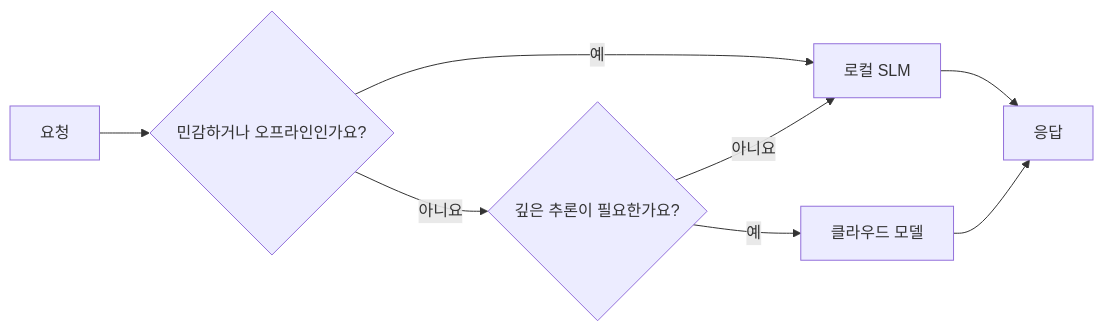
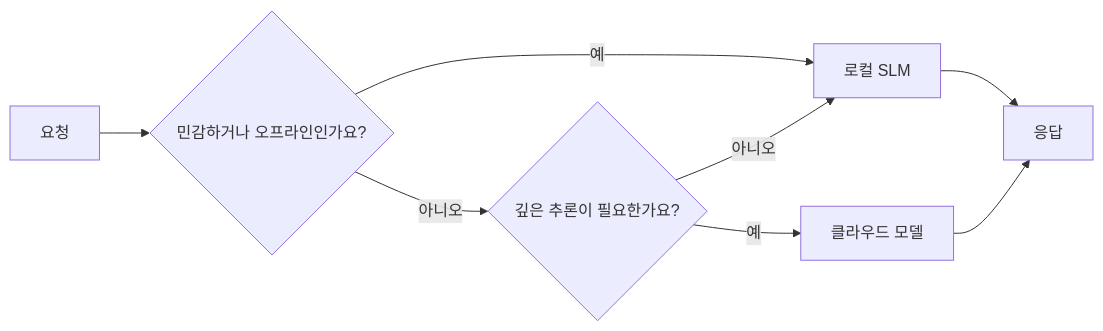
The fourth of 4 diagrams in translations/ko/17-creating-local-ai-agents/README.md (microsoft/ai-agents-for-beginners), drawn with Mermaid before and after one commit. The commit also changed other lines of this file and 46 other files, not shown here.

````diff
--- a/translations/ko/17-creating-local-ai-agents/README.md
+++ b/translations/ko/17-creating-local-ai-agents/README.md
@@ -156,10 +156,10 @@
 ```mermaid
 flowchart LR
     Q[요청] --> S{민감하거나 오프라인인가요?}
     S -->|예| L[로컬 SLM]
-    S -->|아니요| C{깊은 추론이 필요한가요?}
-    C -->|아니요| L
+    S -->|아니오| C{깊은 추론이 필요한가요?}
+    C -->|아니오| L
     C -->|예| Cloud[클라우드 모델]
     L --> Out[응답]
     Cloud --> Out
 ```
````
